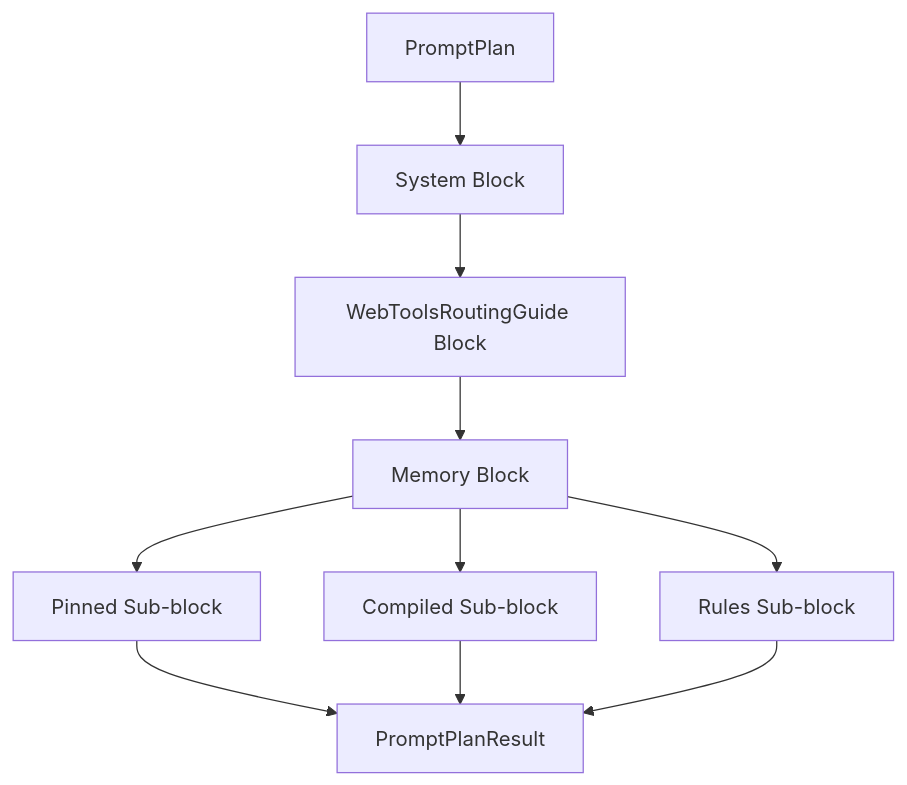
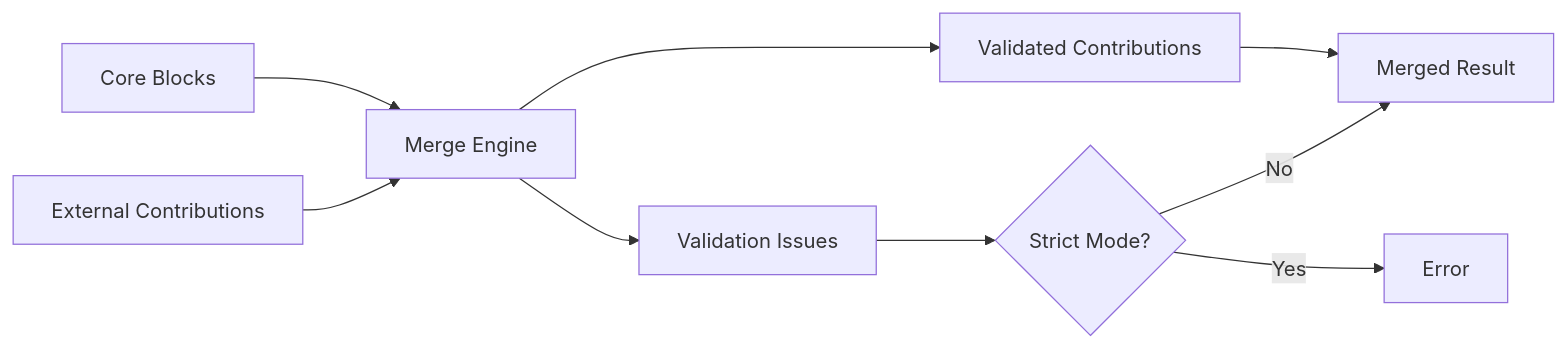
One commit to novolei/if2Ai changed the fifth of 6 diagrams in .qoder/repowiki/en/content/Backend System (Rust)/Module Architecture & Design/Application Layer/Prompt Planner.md. Above: the diagram before and after it, drawn with Mermaid. The commit also changed other lines of this file and 124 other files, not shown here.

````diff
--- a/.qoder/repowiki/en/content/Backend System (Rust)/Module Architecture & Design/Application Layer/Prompt Planner.md
+++ b/.qoder/repowiki/en/content/Backend System (Rust)/Module Architecture & Design/Application Layer/Prompt Planner.md
@@ -259,12 +348,11 @@
 ```mermaid
-flowchart TD
-A["PromptPlan"] --> B["System Block"]
-B --> C["WebToolsRoutingGuide Block"]
-C --> D["Memory Block"]
-D --> E["Pinned Sub-block"]
-D --> F["Compiled Sub-block"]
-D --> G["Rules Sub-block"]
-E --> H["PromptPlanResult"]
-F --> H
-G --> H
+flowchart LR
+A["Core Blocks"] --> B["Merge Engine"]
+C["External Contributions"] --> B
+B --> D["Validated Contributions"]
+B --> E["Validation Issues"]
+D --> F["Merged Result"]
+E --> G{"Strict Mode?"}
+G --> |Yes| H["Error"]
+G --> |No| F
 ```
````
